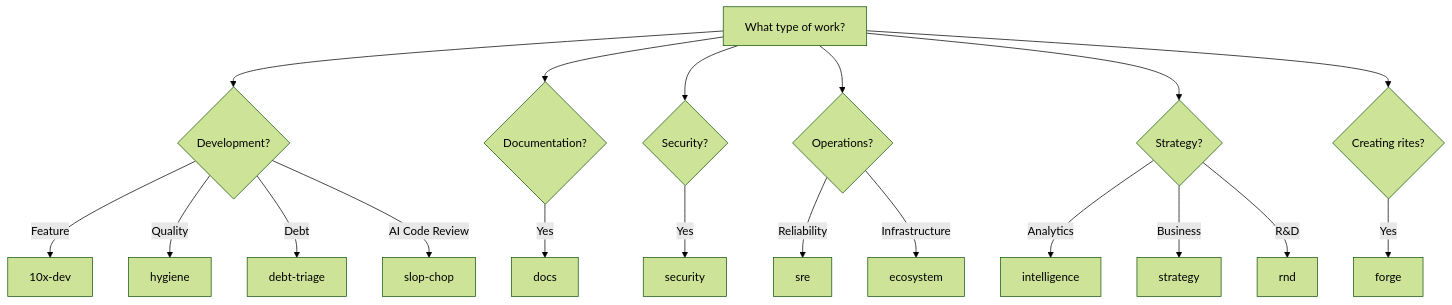
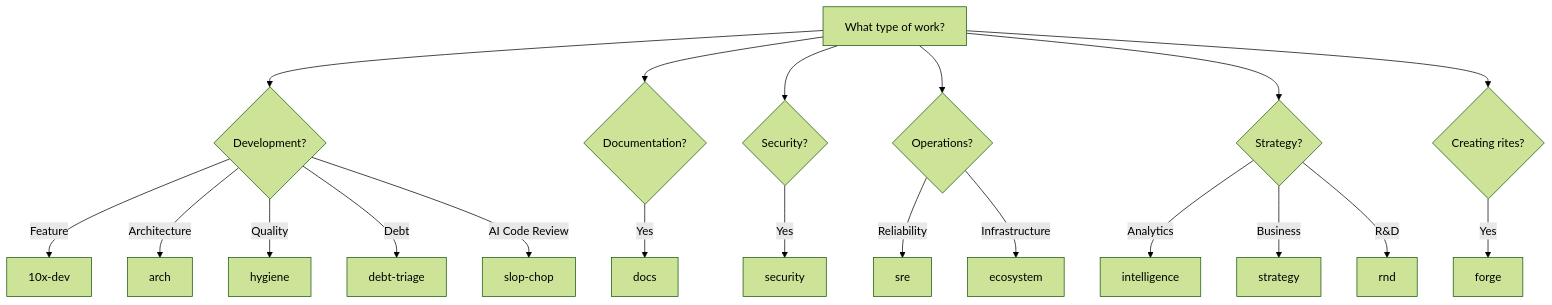
Before and after one commit to autom8y/knossos: the diagram in docs/doctrine/rites/index.md, drawn with Mermaid (forest theme). The commit also changed other lines of this file and 54 other files, not shown here.

````diff
--- a/docs/doctrine/rites/index.md
+++ b/docs/doctrine/rites/index.md
@@ -72,26 +79,27 @@
 ```mermaid
 flowchart TD
     A[What type of work?] --> B{Development?}
     B -->|Feature| C[10x-dev]
+    B -->|Architecture| AR[arch]
     B -->|Quality| D[hygiene]
     B -->|Debt| E[debt-triage]
     B -->|AI Code Review| SC[slop-chop]
 
     A --> F{Documentation?}
     F -->|Yes| G[docs]
 
     A --> H{Security?}
     H -->|Yes| I[security]
 
     A --> J{Operations?}
     J -->|Reliability| K[sre]
     J -->|Infrastructure| L[ecosystem]
 
     A --> M{Strategy?}
     M -->|Analytics| N[intelligence]
     M -->|Business| O[strategy]
     M -->|R&D| P[rnd]
 
     A --> Q{Creating rites?}
     Q -->|Yes| R[forge]
 ```
````
